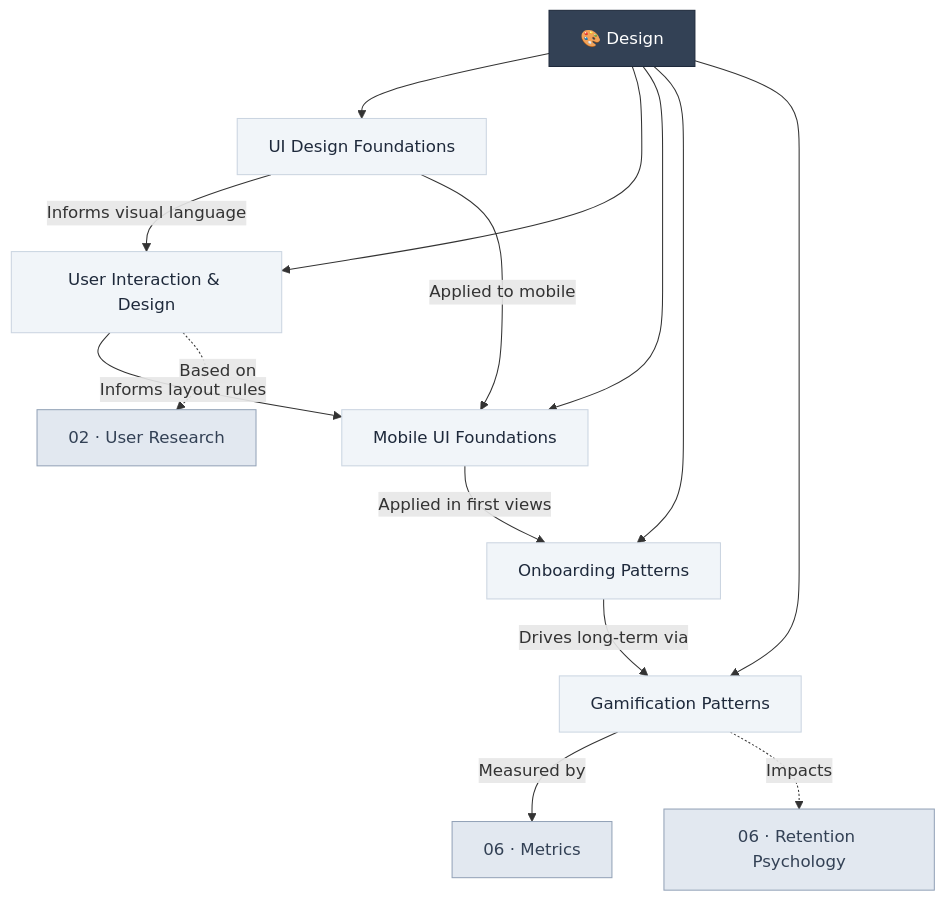
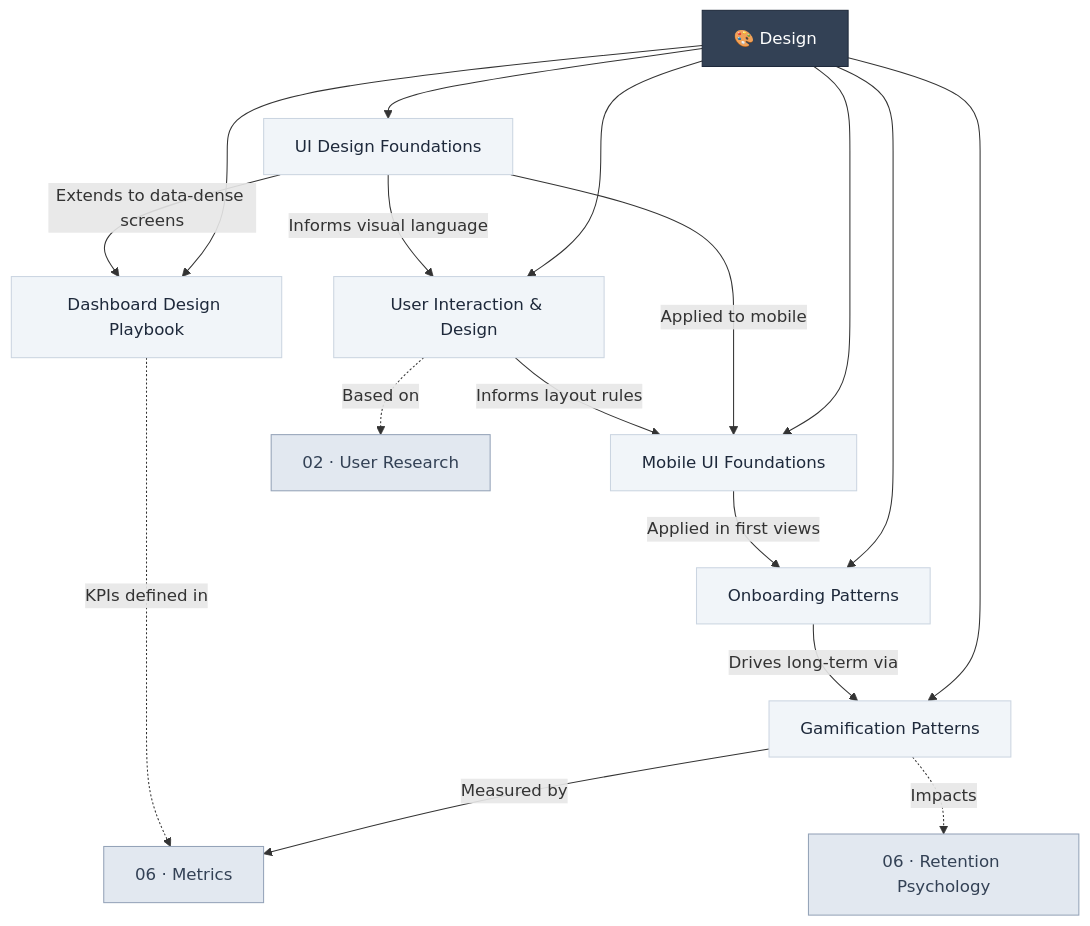
One commit to DimKouts84/product_management_development_wiki changed the diagram in wiki/05-design/index.md. Above: the diagram before and after it, drawn with Mermaid. The commit also changed other lines of this file and 3 other files, not shown here.

First line of the commit message:
feat: add Dashboard Design Playbook and update design documentation

````diff
--- a/wiki/05-design/index.md
+++ b/wiki/05-design/index.md
@@ -11,28 +11,32 @@
 ```mermaid
 graph TD
     DES["🎨 Design"] --> UIDF["UI Design Foundations"]
     DES --> UID["User Interaction & Design"]
     DES --> MUI["Mobile UI Foundations"]
     DES --> OB["Onboarding Patterns"]
     DES --> GP["Gamification Patterns"]
+    DES --> DDP["Dashboard Design Playbook"]
 
     UIDF -->|"Informs visual language"| UID
+    UIDF -->|"Extends to data-dense screens"| DDP
     UIDF -->|"Applied to mobile"| MUI
     UID -->|"Informs layout rules"| MUI
     MUI -->|"Applied in first views"| OB
     OB -->|"Drives long-term via"| GP
     GP -->|"Measured by"| MET["06 · Metrics"]
 
     UID -.->|"Based on"| DISC["02 · User Research"]
     GP -.->|"Impacts"| RET["06 · Retention Psychology"]
+    DDP -.->|"KPIs defined in"| MET
 
     style DES fill:#334155,stroke:#1e293b,color:#fff
     style UIDF fill:#f1f5f9,stroke:#cbd5e1,color:#1e293b
     style UID fill:#f1f5f9,stroke:#cbd5e1,color:#1e293b
     style MUI fill:#f1f5f9,stroke:#cbd5e1,color:#1e293b
     style OB fill:#f1f5f9,stroke:#cbd5e1,color:#1e293b
     style GP fill:#f1f5f9,stroke:#cbd5e1,color:#1e293b
+    style DDP fill:#f1f5f9,stroke:#cbd5e1,color:#1e293b
     style MET fill:#e2e8f0,stroke:#94a3b8,color:#334155
     style DISC fill:#e2e8f0,stroke:#94a3b8,color:#334155
     style RET fill:#e2e8f0,stroke:#94a3b8,color:#334155
 ```
````
